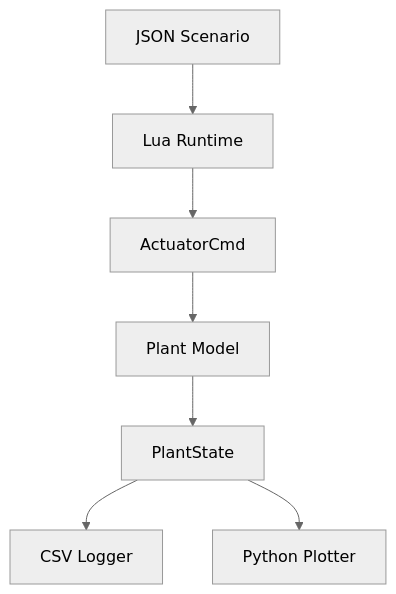
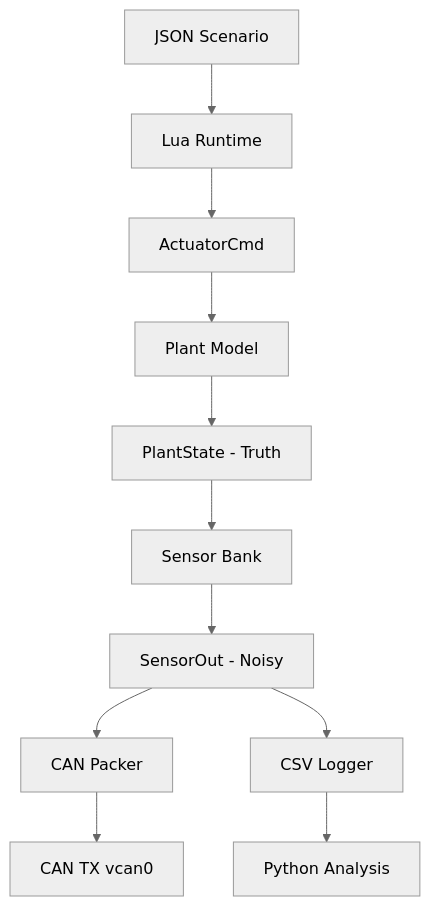
One commit to mtilocca/vehicle-Dynamics-Sim-Can changed the first of 2 diagrams in README.md. Above: the diagram before and after it, drawn with Mermaid (neutral theme). The commit also changed other lines of this file, not shown here.

````diff
--- a/README.md
+++ b/README.md
@@ -104,9 +157,13 @@
 ```mermaid
 flowchart TD
   JSON[JSON Scenario] --> LUA[Lua Runtime]
   LUA --> CMD[ActuatorCmd]
   CMD --> PLANT[Plant Model]
-  PLANT --> STATE[PlantState]
-  STATE --> CSV[CSV Logger]
-  STATE --> PLOT[Python Plotter]
+  PLANT --> STATE[PlantState - Truth]
+  STATE --> SENS[Sensor Bank]
+  SENS --> MEAS[SensorOut - Noisy]
+  MEAS --> PACK[CAN Packer]
+  PACK --> CANTX[CAN TX vcan0]
+  MEAS --> CSV[CSV Logger]
+  CSV --> PLOT[Python Analysis]
 ```
````
